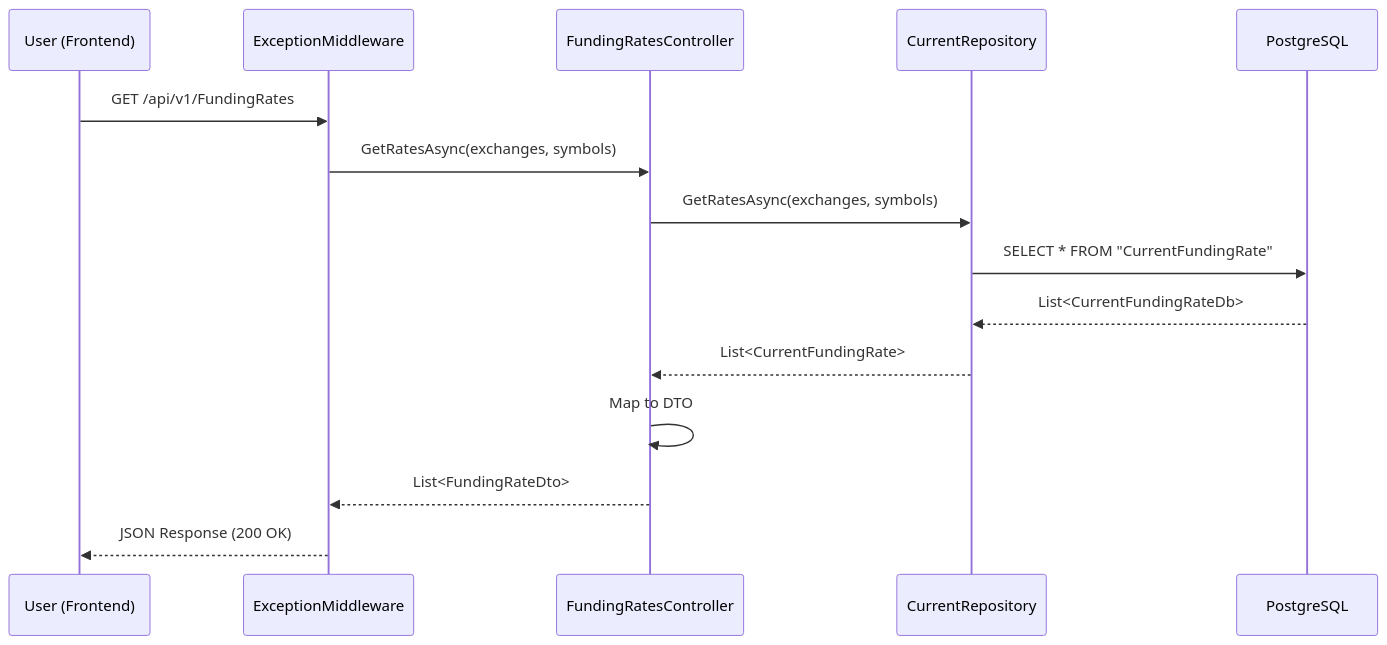
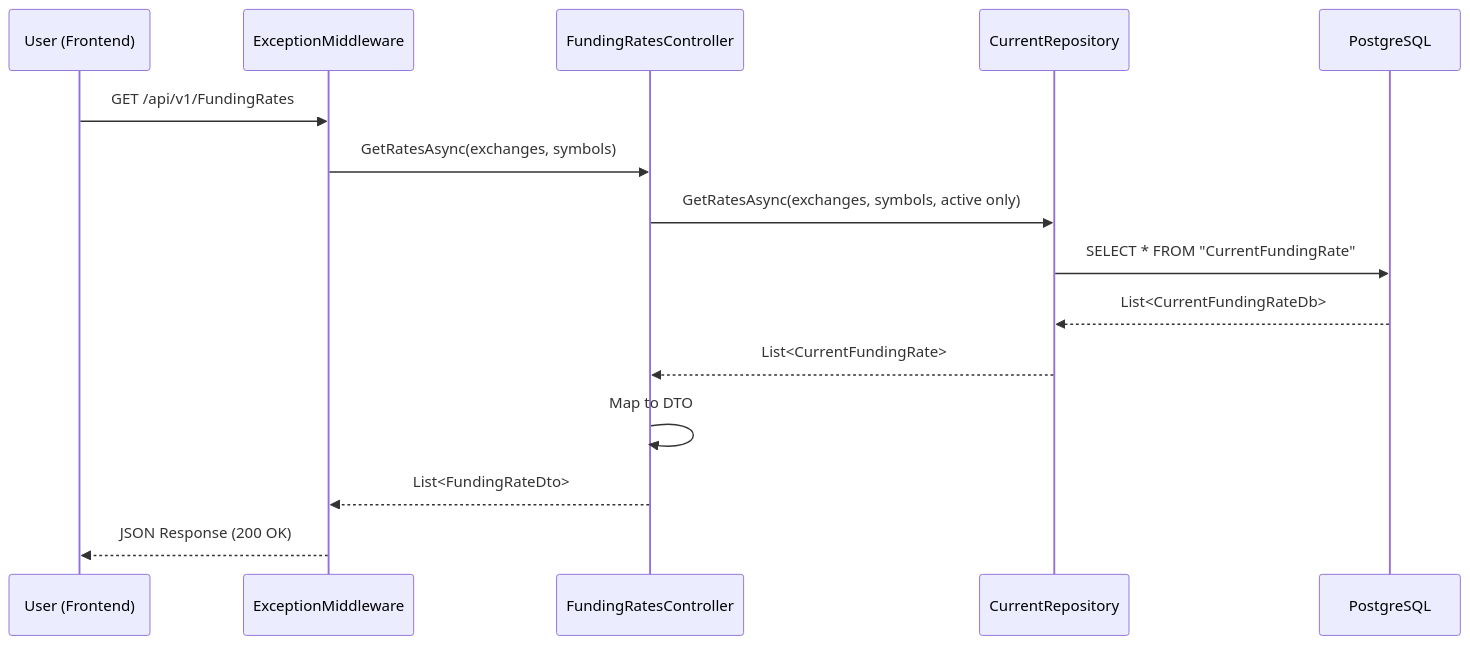
Before and after one commit to Grigory50012/FundingMonitor: the third of 6 diagrams in docs/architecture/USE_CASE_DIAGRAM.md, drawn with Mermaid. The commit also changed other lines of this file and 48 other files, not shown here.

````diff
--- a/docs/architecture/USE_CASE_DIAGRAM.md
+++ b/docs/architecture/USE_CASE_DIAGRAM.md
@@ -123,18 +128,18 @@
 ```mermaid
 sequenceDiagram
     participant U as User (Frontend)
     participant M as ExceptionMiddleware
     participant C as FundingRatesController
     participant R as CurrentRepository
     participant DB as PostgreSQL
 
     U->>M: GET /api/v1/FundingRates
     M->>C: GetRatesAsync(exchanges, symbols)
-    C->>R: GetRatesAsync(exchanges, symbols)
+    C->>R: GetRatesAsync(exchanges, symbols, active only)
     R->>DB: SELECT * FROM "CurrentFundingRate"
     DB-->>R: List<CurrentFundingRateDb>
     R-->>C: List<CurrentFundingRate>
     C->>C: Map to DTO
     C-->>M: List<FundingRateDto>
     M-->>U: JSON Response (200 OK)
 ```
````
